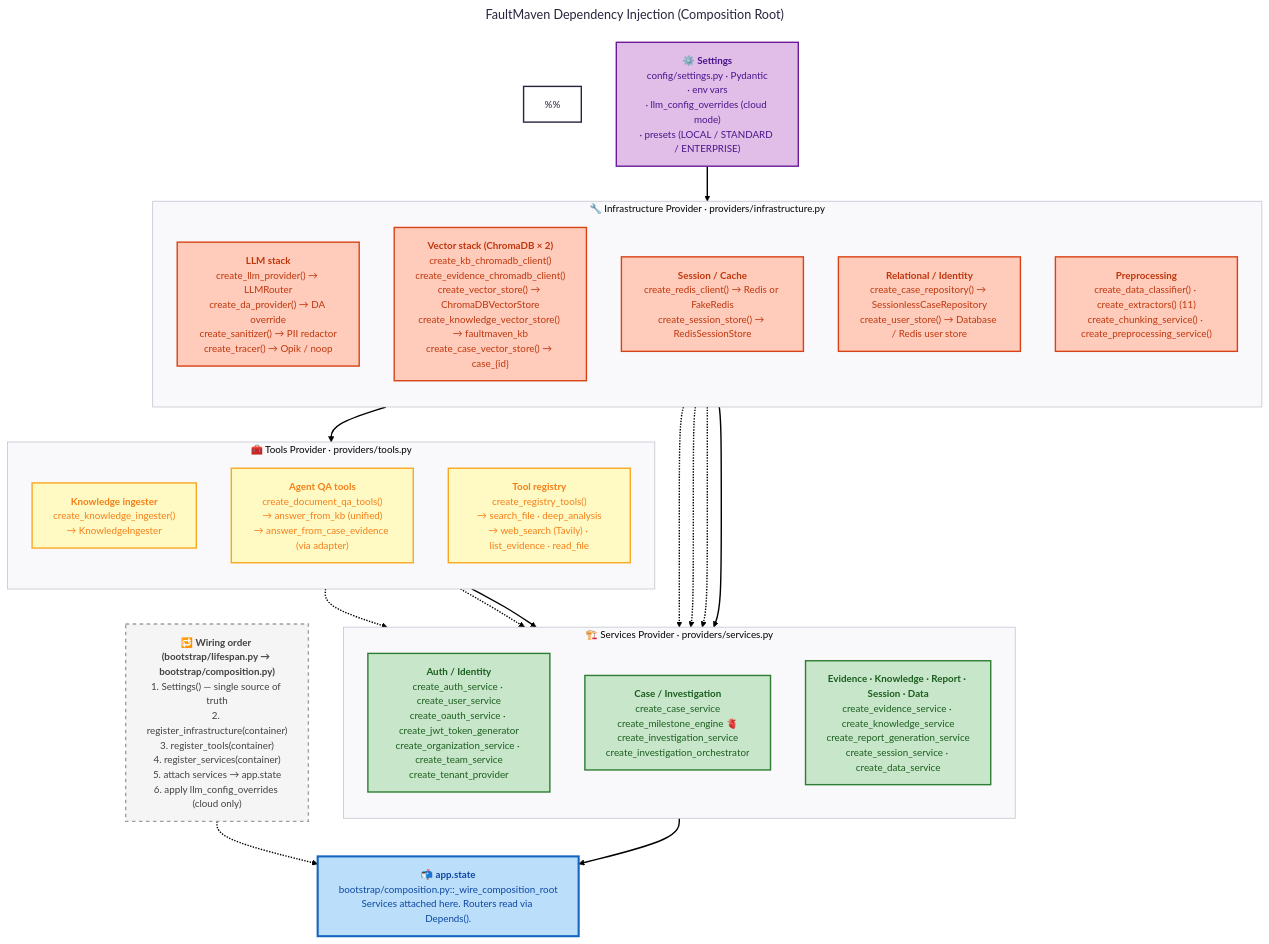
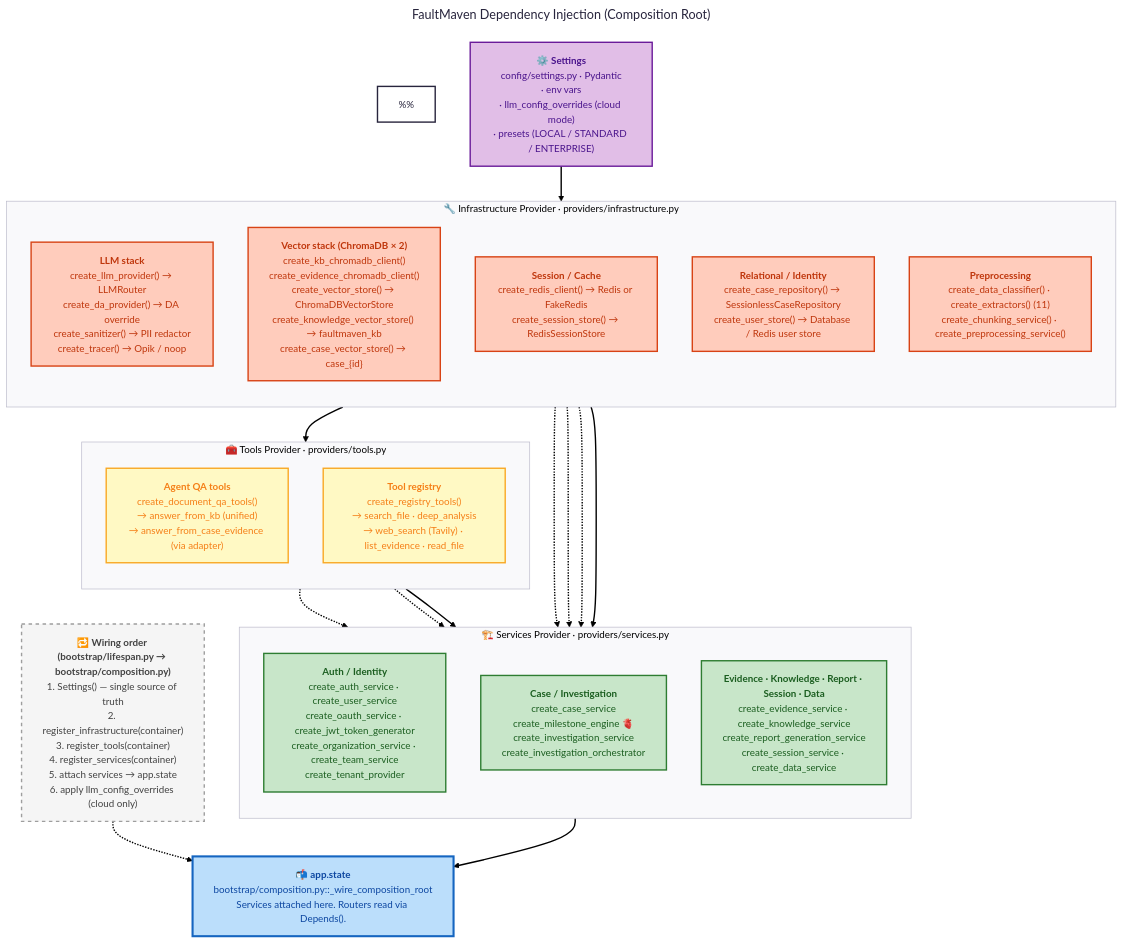
The diagram in docs/architecture/diagrams/DI-diagram.mmd (FaultMaven/faultmaven), drawn with Mermaid before and after one commit. The commit also changed 80 other files, not shown here.

First line of the commit message:
refactor(knowledge): delete the dead KB ingester and everything only it used (#2331)

```diff
--- a/docs/architecture/diagrams/DI-diagram.mmd
+++ b/docs/architecture/diagrams/DI-diagram.mmd
@@ -1,105 +1,104 @@
 ---
 config:
   theme: redux
   layout: dagre
   look: classic
 title: "FaultMaven Dependency Injection (Composition Root)"
 ---
 flowchart TB
 %% How services get composed from infrastructure at startup.
 %% Sibling primary diagram: system-architecture.mmd
 %%
 %% Sources (file:symbol):
 %%   faultmaven/bootstrap/lifespan.py::lifespan             (L32-514)
 %%   faultmaven/bootstrap/composition.py::_wire_composition_root (app.state attachment, L184-516)
 %%   faultmaven/container/_container_impl.py               (init + register_* wrappers)
 %%   faultmaven/container/providers/infrastructure.py      (infra bindings)
 %%   faultmaven/container/providers/tools.py               (tools bindings)
 %%   faultmaven/container/providers/services.py            (service bindings)
 
     %% ============================================================
     %% TIER 1 — CONFIGURATION (single source of truth)
     %% ============================================================
     Settings["⚙️ <b>Settings</b><br/>config/settings.py · Pydantic<br/>· env vars<br/>· llm_config_overrides (cloud mode)<br/>· presets (LOCAL / STANDARD / ENTERPRISE)"]
 
     %% ============================================================
     %% TIER 2 — INFRASTRUCTURE PROVIDER
     %%   Creates stateless + shared-client primitives.
     %%   No business logic. Never depends on other providers.
     %% ============================================================
     subgraph INFRA["🔧 Infrastructure Provider &middot; providers/infrastructure.py"]
         direction TB
         Infra_LLM["<b>LLM stack</b><br/>create_llm_provider() → LLMRouter<br/>create_da_provider() → DA override<br/>create_sanitizer() → PII redactor<br/>create_tracer() → Opik / noop"]
         Infra_Vec["<b>Vector stack (ChromaDB × 2)</b><br/>create_kb_chromadb_client()<br/>create_evidence_chromadb_client()<br/>create_vector_store() → ChromaDBVectorStore<br/>create_knowledge_vector_store() → faultmaven_kb<br/>create_case_vector_store() → case_{id}"]
         Infra_Session["<b>Session / Cache</b><br/>create_redis_client() → Redis or FakeRedis<br/>create_session_store() → RedisSessionStore"]
         Infra_Persist["<b>Relational / Identity</b><br/>create_case_repository() → SessionlessCaseRepository<br/>create_user_store() → Database / Redis user store"]
         Infra_Prep["<b>Preprocessing</b><br/>create_data_classifier() · create_extractors() (11)<br/>create_chunking_service() · create_preprocessing_service()"]
     end
 
     %% ============================================================
     %% TIER 3 — TOOLS PROVIDER
     %%   Agent-facing tools. Depends on infrastructure only.
     %% ============================================================
     subgraph TOOLS["🧰 Tools Provider &middot; providers/tools.py"]
         direction TB
-        Tools_Ingest["<b>Knowledge ingester</b><br/>create_knowledge_ingester()<br/>→ KnowledgeIngester"]
         Tools_QA["<b>Agent QA tools</b><br/>create_document_qa_tools()<br/>→ answer_from_kb (unified)<br/>→ answer_from_case_evidence (via adapter)"]
         Tools_Registry["<b>Tool registry</b><br/>create_registry_tools()<br/>→ search_file · deep_analysis<br/>→ web_search (Tavily) · list_evidence · read_file"]
     end
 
     %% ============================================================
     %% TIER 4 — SERVICES PROVIDER
     %%   Business logic. Depends on infrastructure + tools.
     %% ============================================================
     subgraph SERVICES["🏗️ Services Provider &middot; providers/services.py"]
         direction TB
         Svc_Auth["<b>Auth / Identity</b><br/>create_auth_service · create_user_service<br/>create_oauth_service · create_jwt_token_generator<br/>create_organization_service · create_team_service<br/>create_tenant_provider"]
         Svc_Case["<b>Case / Investigation</b><br/>create_case_service<br/>create_milestone_engine 🫀<br/>create_investigation_service<br/>create_investigation_orchestrator"]
         Svc_Other["<b>Evidence · Knowledge · Report · Session · Data</b><br/>create_evidence_service · create_knowledge_service<br/>create_report_generation_service<br/>create_session_service · create_data_service"]
     end
 
     %% ============================================================
     %% TIER 5 — APP.STATE
     %%   Where routers discover services via Depends().
     %% ============================================================
     AppState["📬 <b>app.state</b><br/>bootstrap/composition.py::_wire_composition_root<br/>Services attached here. Routers read via Depends()."]
 
     %% ============================================================
     %% SIDE PANEL — WIRING ORDER (executed at startup)
     %% ============================================================
     Order["🔁 <b>Wiring order (bootstrap/lifespan.py → bootstrap/composition.py)</b><br/>1. Settings() — single source of truth<br/>2. register_infrastructure(container)<br/>3. register_tools(container)<br/>4. register_services(container)<br/>5. attach services → app.state<br/>6. apply llm_config_overrides (cloud only)"]
 
     %% ============================================================
     %% EDGES (high-signal flows only)
     %% ============================================================
     Settings --> INFRA
     INFRA --> TOOLS
     INFRA --> SERVICES
     TOOLS --> SERVICES
     SERVICES --> AppState
 
     %% Zoom-in edges to highlight the milestone engine's dependencies:
     Infra_LLM -.-> Svc_Case
     Infra_Persist -.-> Svc_Case
     Infra_Vec -.-> Svc_Case
     Tools_QA -.-> Svc_Case
     Tools_Registry -.-> Svc_Case
 
     Order -.-> AppState
 
     %% ============================================================
     %% STYLING
     %% ============================================================
     classDef settings fill:#e1bee7,stroke:#6a1b9a,stroke-width:2px,color:#4a148c
     classDef infra fill:#ffccbc,stroke:#d84315,color:#bf360c
     classDef tools fill:#fff9c4,stroke:#f9a825,color:#f57f17
     classDef services fill:#c8e6c9,stroke:#2e7d32,color:#1b5e20
     classDef state fill:#bbdefb,stroke:#1565c0,stroke-width:3px,color:#0d47a1
     classDef note fill:#f5f5f5,stroke:#9e9e9e,stroke-dasharray: 5 5,color:#424242
 
     class Settings settings
     class Infra_LLM,Infra_Vec,Infra_Session,Infra_Persist,Infra_Prep infra
-    class Tools_Ingest,Tools_QA,Tools_Registry tools
+    class Tools_QA,Tools_Registry tools
     class Svc_Auth,Svc_Case,Svc_Other services
     class AppState state
     class Order note
```
